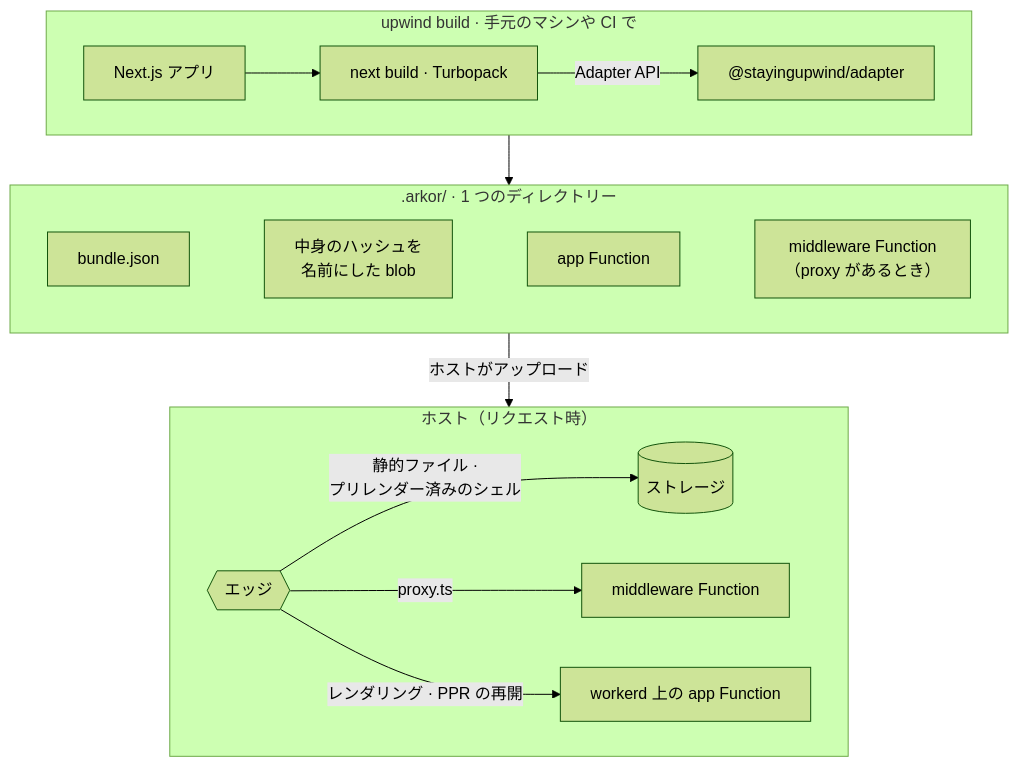
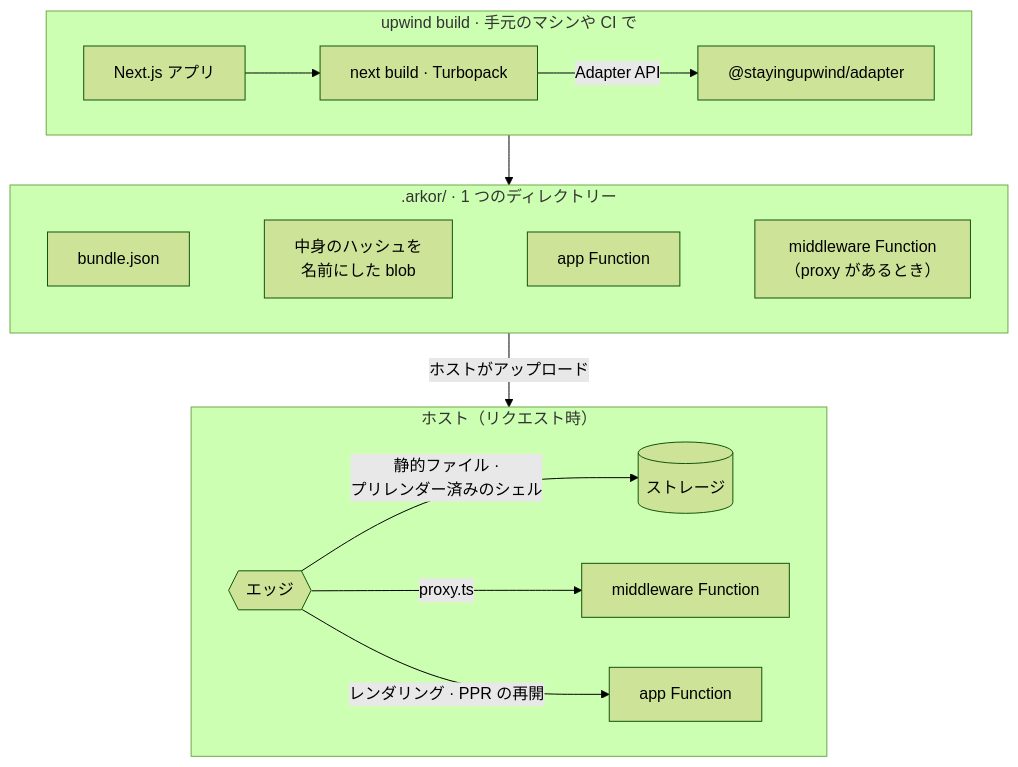
The first of 2 diagrams in README.ja.md (arkorlab/upwind), drawn with Mermaid (forest theme) before and after one commit. The commit also changed other lines of this file and 9 other files, not shown here.

````diff
--- a/README.ja.md
+++ b/README.ja.md
@@ -69,23 +68,23 @@
 ```mermaid
 flowchart TB
   subgraph build ["upwind build · 手元のマシンや CI で"]
     direction LR
     app["Next.js アプリ"] --> nb["next build · Turbopack"]
     nb -- "Adapter API" --> ad["@stayingupwind/adapter"]
   end
 
   subgraph bundle [".arkor/ · 1 つのディレクトリー"]
     direction LR
     bj["bundle.json"] ~~~ bl["中身のハッシュを<br/>名前にした blob"] ~~~ fa["app Function"] ~~~ fm["middleware Function<br/>（proxy があるとき）"]
   end
 
   subgraph serve ["ホスト（リクエスト時）"]
     direction LR
     edge{{"エッジ"}} -- "静的ファイル ·<br/>プリレンダー済みのシェル" --> st[("ストレージ")]
     edge -- "proxy.ts" --> mw["middleware Function"]
-    edge -- "レンダリング · PPR の再開" --> fn["workerd 上の app Function"]
+    edge -- "レンダリング · PPR の再開" --> fn["app Function"]
   end
 
   build --> bundle
   bundle -- "ホストがアップロード" --> serve
 ```
````
